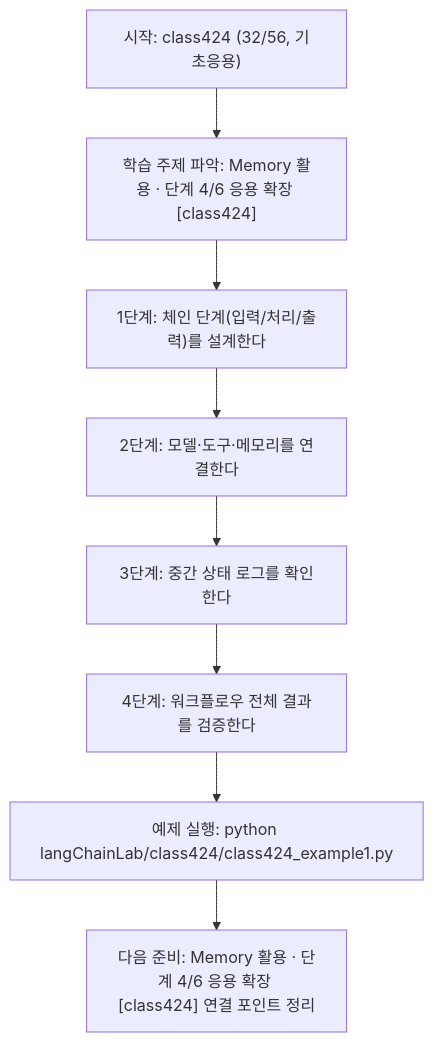
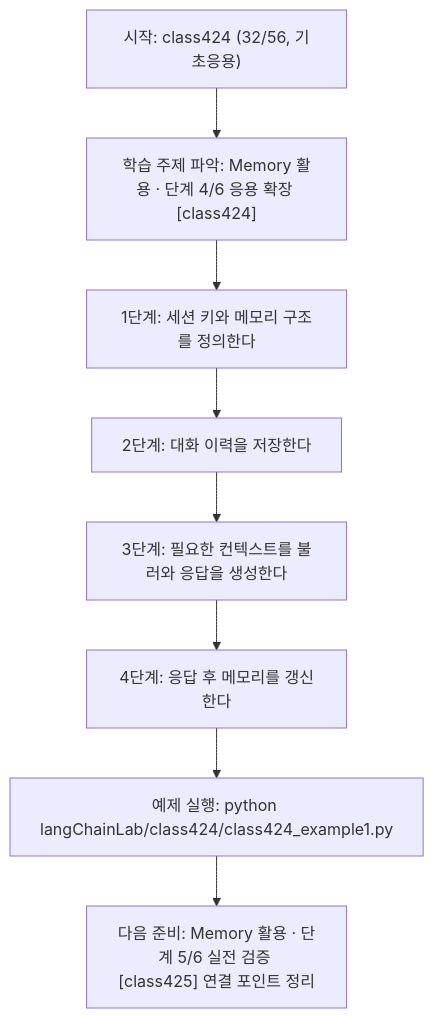
One commit to edumgt/Python-AI_Agent-Class changed the diagram in langChainLab/class424/class424.md. Above: the diagram before and after it, drawn with Mermaid. The commit also changed other lines of this file and 395 other files, not shown here.

````diff
--- a/langChainLab/class424/class424.md
+++ b/langChainLab/class424/class424.md
@@ -109,18 +91,18 @@
 ```mermaid
 flowchart TD
 N1["시작: class424 (32/56, 기초응용)"]
 N2["학습 주제 파악: Memory 활용 · 단계 4/6 응용 확장 [class424]"]
-N3["1단계: 체인 단계(입력/처리/출력)를 설계한다"]
-N4["2단계: 모델·도구·메모리를 연결한다"]
-N5["3단계: 중간 상태 로그를 확인한다"]
-N6["4단계: 워크플로우 전체 결과를 검증한다"]
+N3["1단계: 세션 키와 메모리 구조를 정의한다"]
+N4["2단계: 대화 이력을 저장한다"]
+N5["3단계: 필요한 컨텍스트를 불러와 응답을 생성한다"]
+N6["4단계: 응답 후 메모리를 갱신한다"]
 N7["예제 실행: python langChainLab/class424/class424_example1.py"]
-N8["다음 준비: Memory 활용 · 단계 4/6 응용 확장 [class424] 연결 포인트 정리"]
+N8["다음 준비: Memory 활용 · 단계 5/6 실전 검증 [class425] 연결 포인트 정리"]
 N1 --> N2
 N2 --> N3
 N3 --> N4
 N4 --> N5
 N5 --> N6
 N6 --> N7
 N7 --> N8
 ```
````
